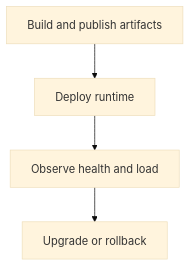
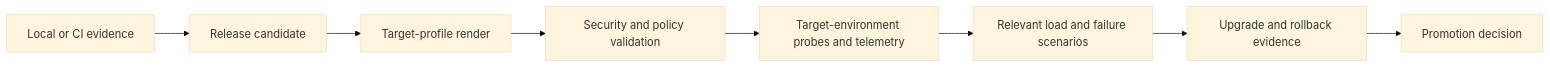
One commit to bijux/bijux-atlas changed the second of 2 diagrams in docs/bijux-atlas-ops/stack/deployment-models.md. Above: the diagram before and after it, drawn with Mermaid (base theme). The commit also changed other lines of this file and 2 other files, not shown here.

Commit message:
docs(ops): define topology and deployment evidence

````diff
--- a/docs/bijux-atlas-ops/stack/deployment-models.md
+++ b/docs/bijux-atlas-ops/stack/deployment-models.md
@@ -70,6 +70,10 @@
 ```mermaid
-flowchart TD
-    Build[Build and publish artifacts] --> Deploy[Deploy runtime]
-    Deploy --> Observe[Observe health and load]
-    Observe --> Upgrade[Upgrade or rollback]
+flowchart LR
+    Local[Local or CI evidence] --> Candidate[Release candidate]
+    Candidate --> Rendered[Target-profile render]
+    Rendered --> Security[Security and policy validation]
+    Security --> Runtime[Target-environment probes and telemetry]
+    Runtime --> Load[Relevant load and failure scenarios]
+    Load --> Rollback[Upgrade and rollback evidence]
+    Rollback --> Promote[Promotion decision]
 ```
````
